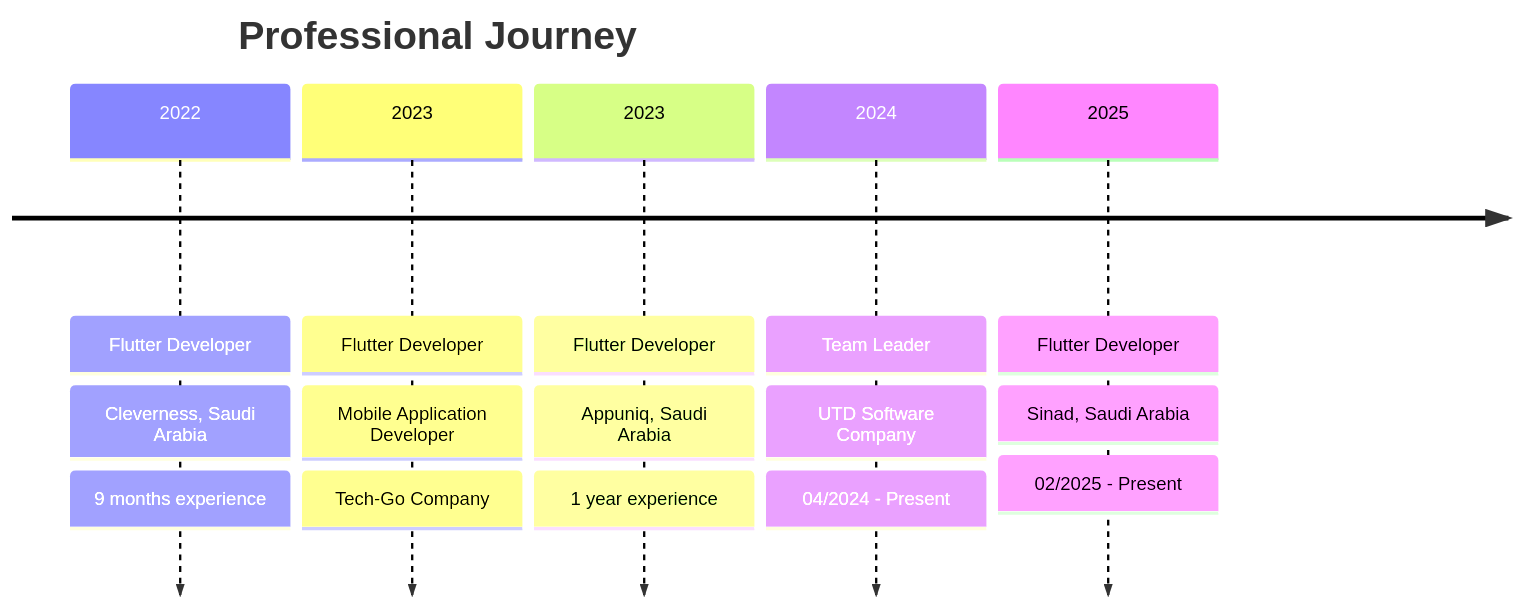
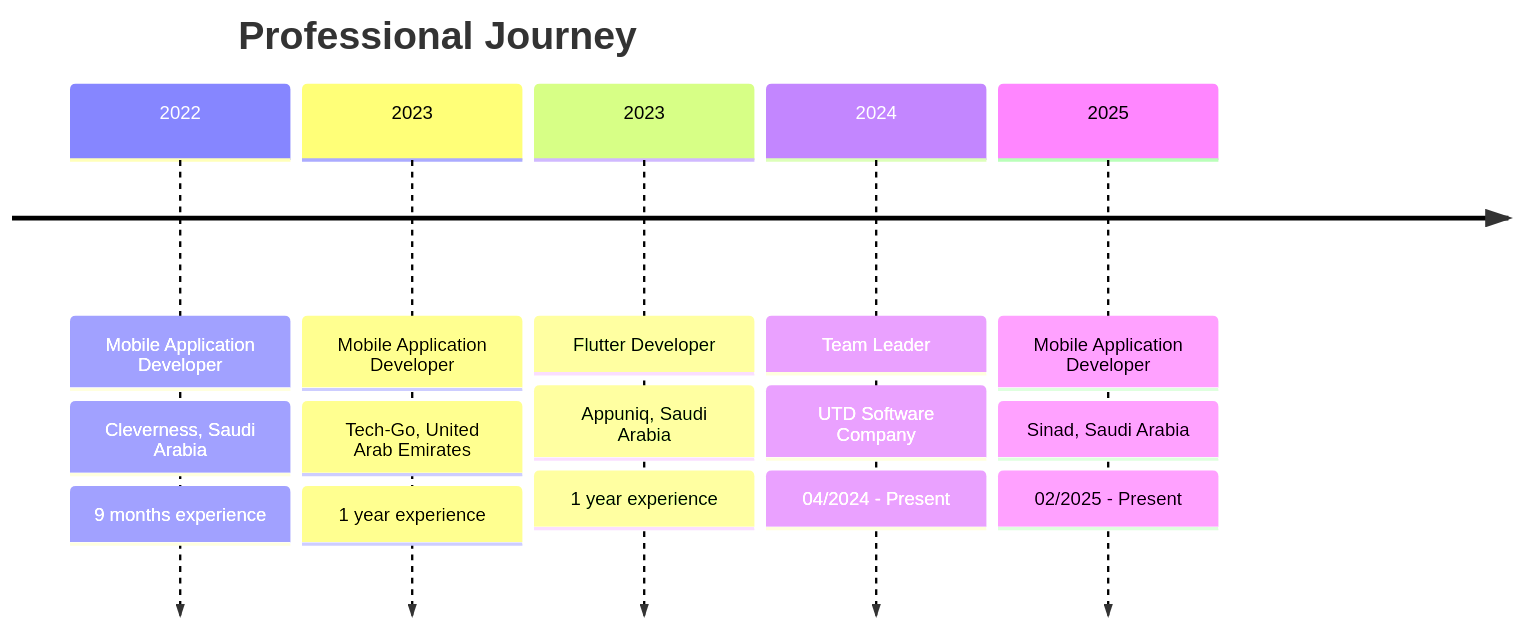
One commit to MohammedHosny2002/MohammedHosny2002 changed the second of 4 diagrams in README.md. Above: the diagram before and after it, drawn with Mermaid.

Commit message:
Update README.md
Update

````diff
--- a/README.md
+++ b/README.md
@@ -146,25 +146,25 @@
 ```mermaid
 timeline
     title Professional Journey
     
 
-    2022 : Flutter Developer
+    2022 : Mobile Application Developer
          : Cleverness, Saudi Arabia
          : 9 months experience
 
-    2023 : Flutter Developer
-         : Mobile Application Developer
-         : Tech-Go Company
+    2023 : Mobile Application Developer
+         : Tech-Go, United Arab Emirates
+         : 1 year experience
     
     2023 : Flutter Developer
          : Appuniq, Saudi Arabia
          : 1 year experience
     
     2024 : Team Leader
          : UTD Software Company
          : 04/2024 - Present
 
-    2025 : Flutter Developer
+    2025 : Mobile Application Developer
          : Sinad, Saudi Arabia
          : 02/2025 - Present
 ```
````
